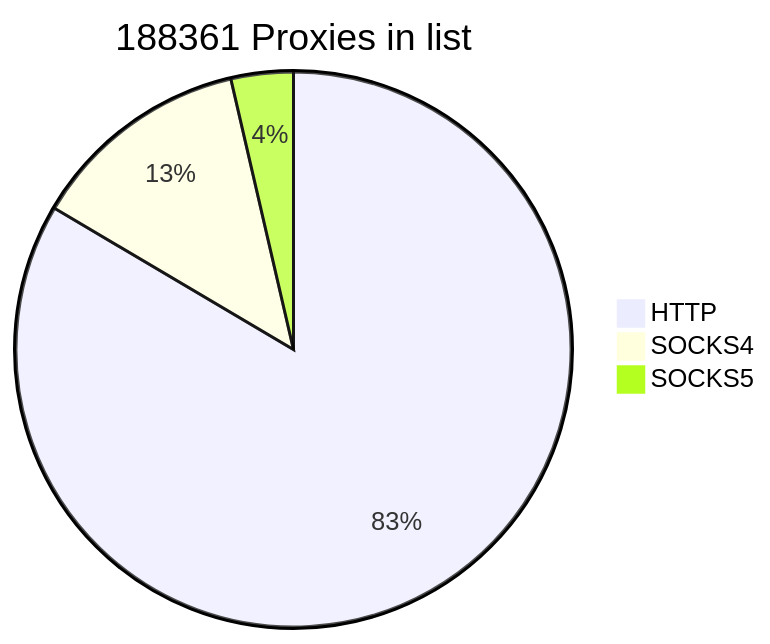
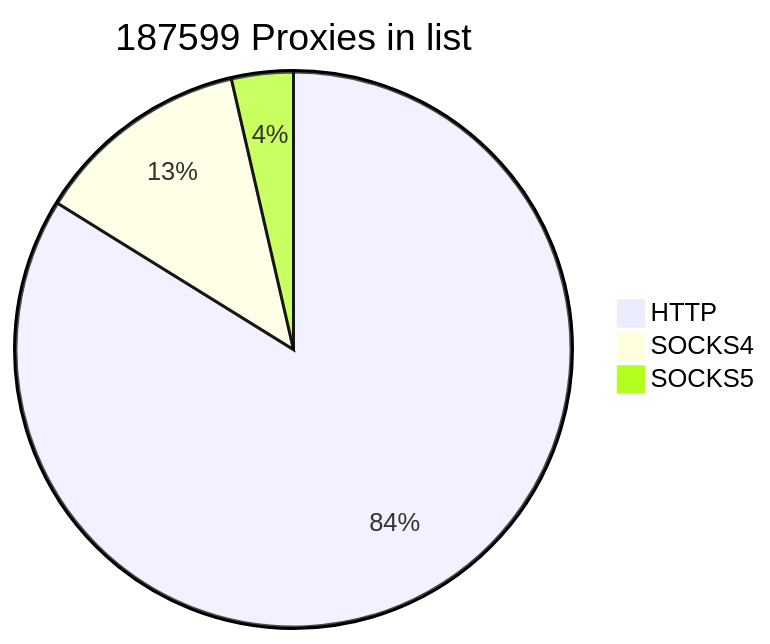
Before and after one commit to cutipu/proxylist: the first of 2 diagrams in README.md, drawn with Mermaid. The commit also changed other lines of this file, not shown here.

````diff
--- a/README.md
+++ b/README.md
@@ -2,7 +2,7 @@
 ```mermaid
-pie title 188361 Proxies in list
+pie title 187599 Proxies in list
     "HTTP" : 157273
-    "SOCKS4" : 24267
-    "SOCKS5" : 6821
+    "SOCKS4" : 23587
+    "SOCKS5" : 6739
             
 ```
````
